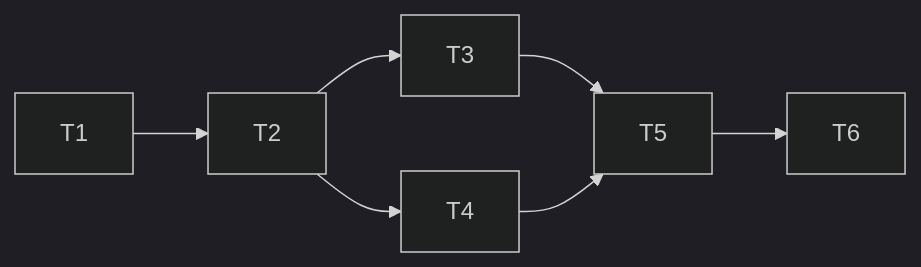
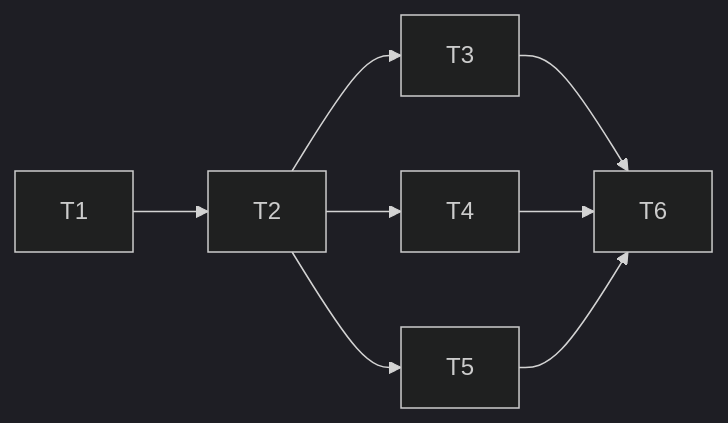
Before and after one commit to Curry09/AHE-Beta: the diagram in docs/specs/0069-selectable-experiment-backends.md, drawn with Mermaid (dark theme). The commit also changed other lines of this file and 66 other files, not shown here.

````diff
--- a/docs/specs/0069-selectable-experiment-backends.md
+++ b/docs/specs/0069-selectable-experiment-backends.md
@@ -309,9 +318,10 @@
 ```mermaid
 graph LR
   T1 --> T2
   T2 --> T3
   T2 --> T4
-  T3 --> T5
-  T4 --> T5
+  T2 --> T5
+  T3 --> T6
+  T4 --> T6
   T5 --> T6
 ```
````
